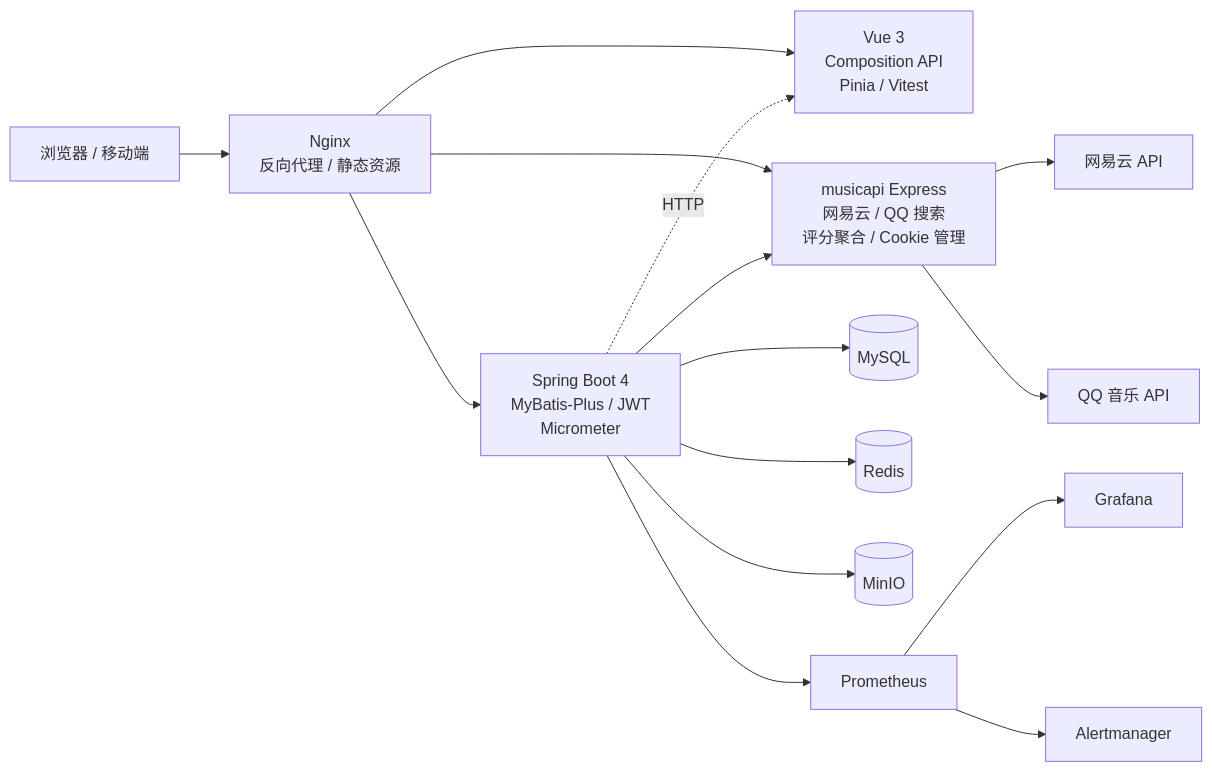
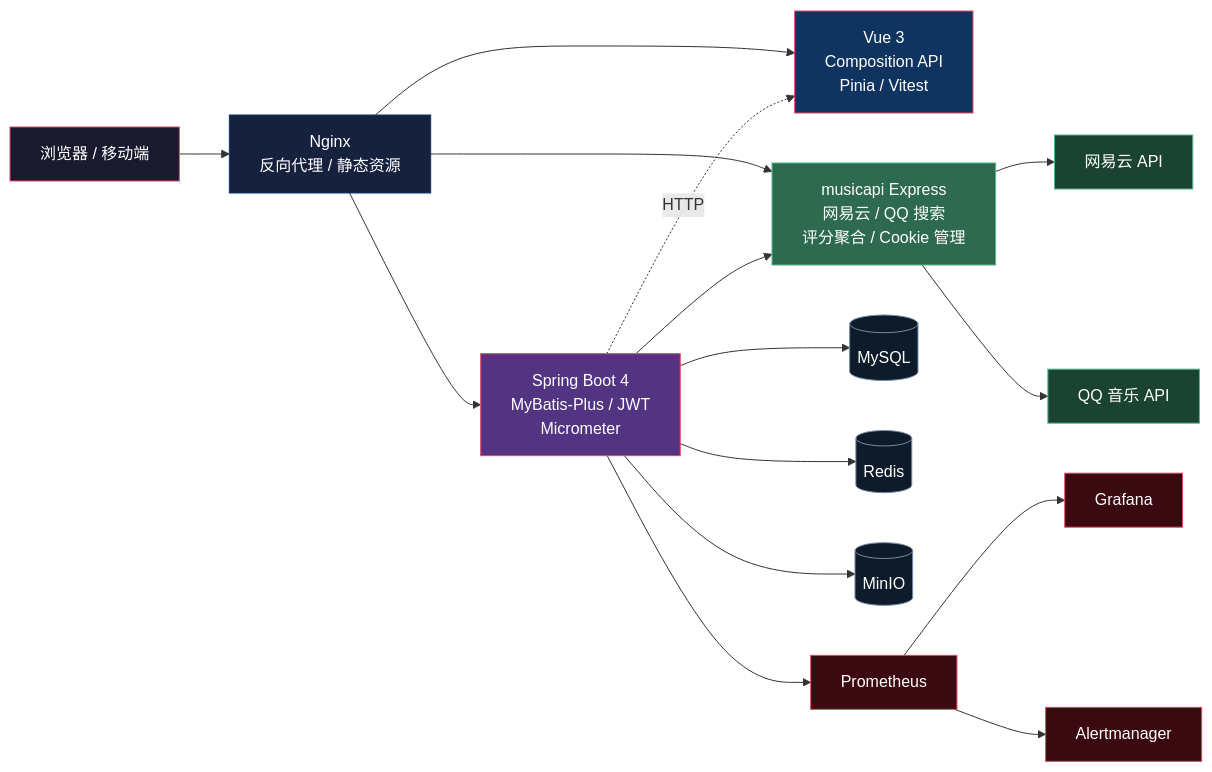
The first of 4 diagrams in README.md (chunren1/vibeMusic), drawn with Mermaid before and after one commit. The commit also changed other lines of this file, not shown here.

Commit message:
恢复彩色Mermaid样式, 去掉✅图标

````diff
--- a/README.md
+++ b/README.md
@@ -88,43 +88,57 @@
 ```mermaid
 graph LR
     U[浏览器 / 移动端]
     NG["Nginx
         反向代理 / 静态资源"]
 
     V["Vue 3
         Composition API
         Pinia / Vitest"]
 
     SB["Spring Boot 4
         MyBatis-Plus / JWT
         Micrometer"]
 
     BFF["musicapi Express
         网易云 / QQ 搜索
         评分聚合 / Cookie 管理"]
 
     NE["网易云 API"]
     Q["QQ 音乐 API"]
 
     M[("MySQL")]
     R[("Redis")]
     ST[("MinIO")]
     P["Prometheus"]
     G["Grafana"]
     A["Alertmanager"]
 
     U --> NG
     NG --> V
     NG --> SB
     NG --> BFF
     SB -.->|HTTP| V
     SB --> BFF
     BFF --> NE
     BFF --> Q
     SB --> M
     SB --> R
     SB --> ST
     SB --> P
     P --> G
     P --> A
+
+    style U fill:#1a1a2e,stroke:#e94560,color:#fff
+    style NG fill:#16213e,stroke:#0f3460,color:#fff
+    style V fill:#0f3460,stroke:#e94560,color:#fff
+    style SB fill:#533483,stroke:#e94560,color:#fff
+    style BFF fill:#2d6a4f,stroke:#52b788,color:#fff
+    style NE fill:#1b4332,stroke:#52b788,color:#fff
+    style Q fill:#1b4332,stroke:#52b788,color:#fff
+    style M fill:#0d1b2a,stroke:#778da9,color:#fff
+    style R fill:#0d1b2a,stroke:#778da9,color:#fff
+    style ST fill:#0d1b2a,stroke:#778da9,color:#fff
+    style P fill:#3b0a11,stroke:#e94560,color:#fff
+    style G fill:#3b0a11,stroke:#e94560,color:#fff
+    style A fill:#3b0a11,stroke:#e94560,color:#fff
 ```
````
